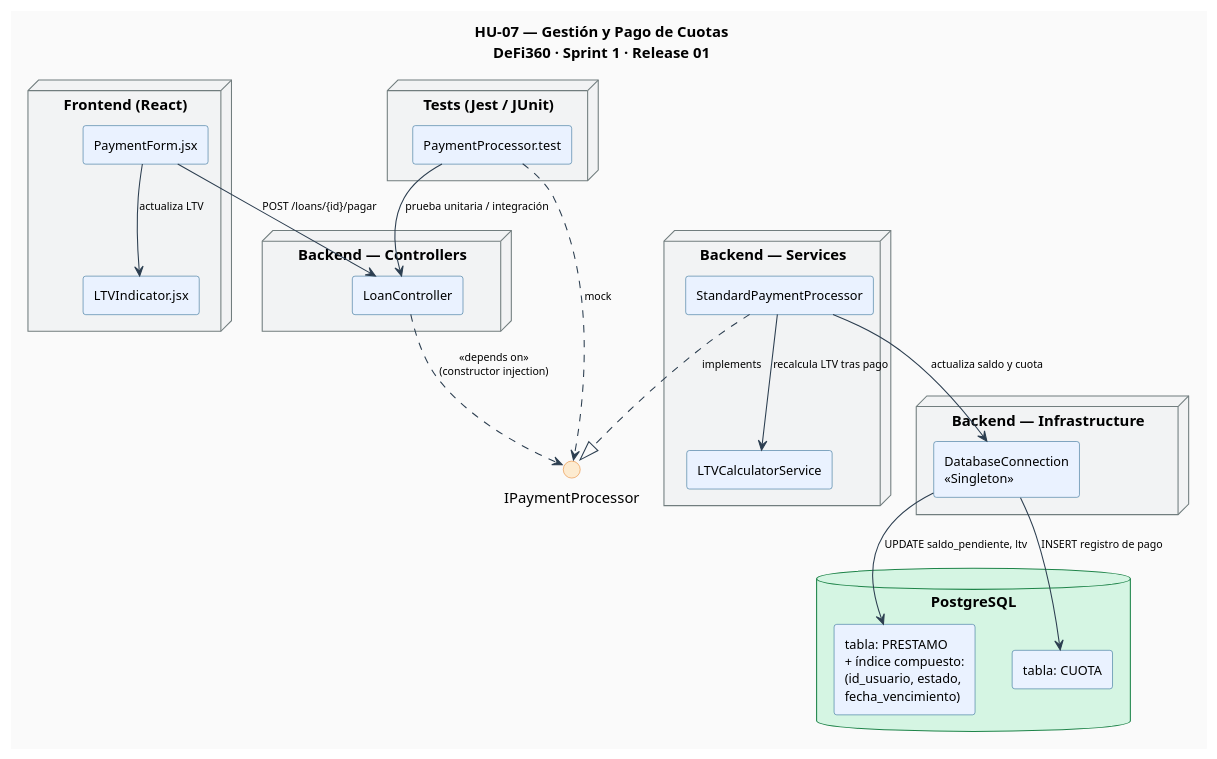
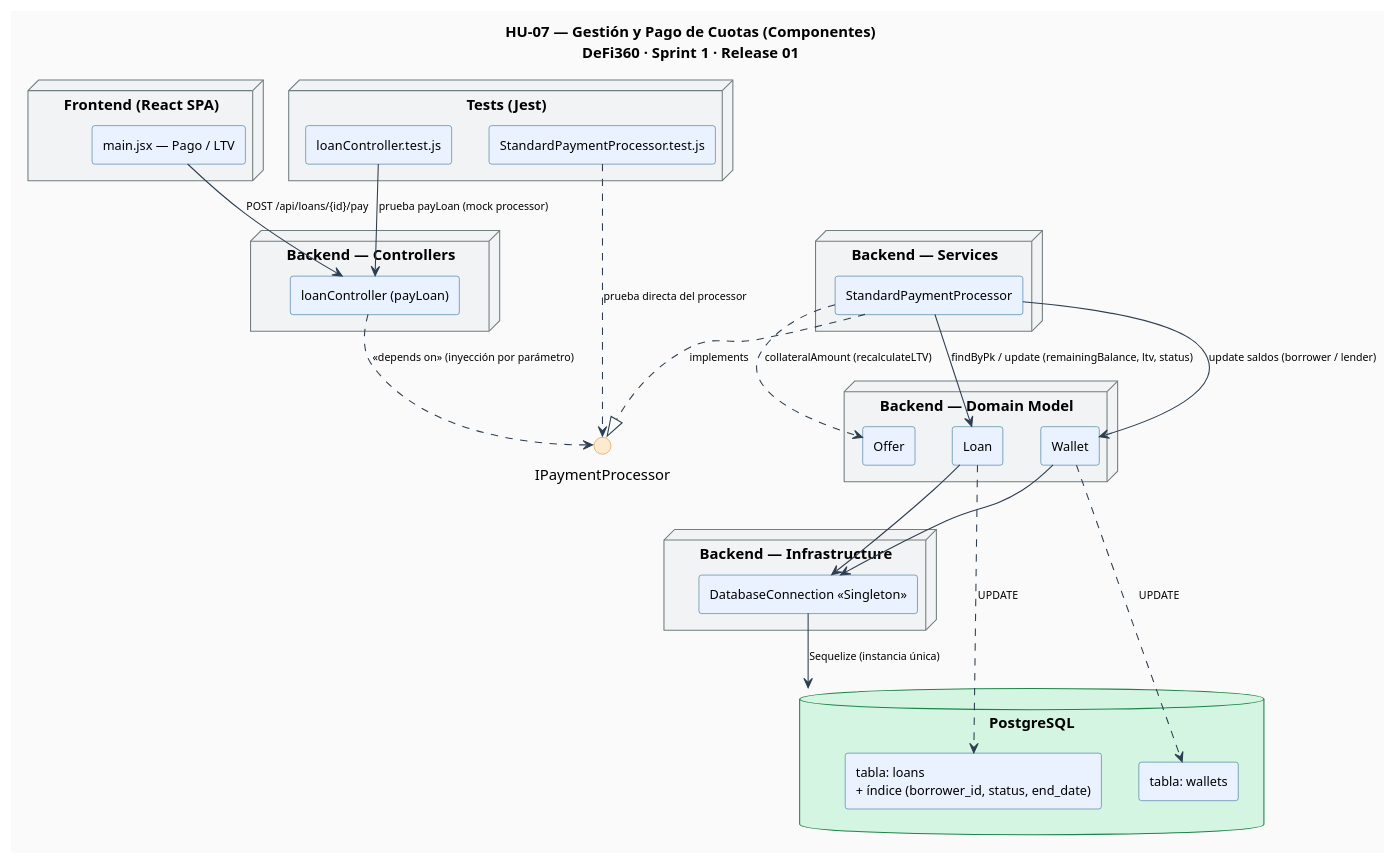
Before and after one commit to Brando-01/Software2: the diagram in Diagramas/Diagrama Componentes HU-07_Gestion_Pago_Cuotas.puml, drawn with PlantUML. The commit also changed 24 other files, not shown here.

Commit message:
docs(diagramas): diagramas UML Release 01 y Release 02 (general y por HU)

```diff
--- a/Diagramas/Diagrama Componentes HU-07_Gestion_Pago_Cuotas.puml
+++ b/Diagramas/Diagrama Componentes HU-07_Gestion_Pago_Cuotas.puml
@@ -1,87 +1,84 @@
 @startuml HU-07_Gestion_Pago_Cuotas
-title HU-07 — Gestión y Pago de Cuotas\nDeFi360 · Sprint 1 · Release 01
+title HU-07 — Gestión y Pago de Cuotas (Componentes)\nDeFi360 · Sprint 1 · Release 01
 
 skinparam componentStyle rectangle
 skinparam backgroundColor #FAFAFA
 skinparam component {
   BackgroundColor #EAF2FF
   BorderColor #1F618D
   FontSize 12
 }
 skinparam interface {
   BackgroundColor #FDEBD0
   BorderColor #E67E22
 }
 skinparam node {
   BackgroundColor #F2F3F4
   BorderColor #717D7E
 }
 skinparam database {
   BackgroundColor #D5F5E3
   BorderColor #1E8449
 }
 skinparam arrow {
   Color #2C3E50
   FontSize 10
 }
 
-' ─── FRONTEND ──────────────────────────────────────────────────
-node "Frontend (React)" {
-  [PaymentForm.jsx] as PayForm
-  [LTVIndicator.jsx] as LTVWidget
-  
+' ─── FRONTEND ───────────────────────────────────────────────────
+node "Frontend (React SPA)" {
+  [main.jsx — Pago / LTV] as PayForm
 }
 
-' ─── CONTROLADOR ───────────────────────────────────────────────
+' ─── CONTROLADOR ────────────────────────────────────────────────
 node "Backend — Controllers" {
-  [LoanController] as LoanCtrl
-  
+  [loanController (payLoan)] as LoanCtrl
 }
 
-' ─── INTERFAZ DIP ──────────────────────────────────────────────
+' ─── INTERFAZ DIP ───────────────────────────────────────────────
 interface "IPaymentProcessor" as IPayProc
 
-
-' ─── IMPLEMENTACIÓN ────────────────────────────────────────────
+' ─── IMPLEMENTACIÓN ─────────────────────────────────────────────
 node "Backend — Services" {
   [StandardPaymentProcessor] as StdPayProc
-  [LTVCalculatorService] as LTVSvc
-  
 }
 
-' ─── INFRAESTRUCTURA BD ────────────────────────────────────────
-node "Backend — Infrastructure" {
-  [DatabaseConnection\n«Singleton»] as DBConn
+' ─── MODELOS ────────────────────────────────────────────────────
+node "Backend — Domain Model" {
+  [Loan] as LoanModel
+  [Wallet] as WalletModel
+  [Offer] as OfferModel
 }
 
-' ─── BASE DE DATOS ─────────────────────────────────────────────
-database "PostgreSQL" as PG {
-  [tabla: PRESTAMO\n+ índice compuesto:\n(id_usuario, estado,\nfecha_vencimiento)] as TblPrestamo
-  [tabla: CUOTA] as TblCuota
-  
+' ─── INFRAESTRUCTURA ────────────────────────────────────────────
+node "Backend — Infrastructure" {
+  [DatabaseConnection «Singleton»] as DBConn
 }
 
-' ─── PRUEBAS ───────────────────────────────────────────────────
-node "Tests (Jest / JUnit)" {
-  [PaymentProcessor.test] as PayTest
-  
+database "PostgreSQL" as PG {
+  [tabla: loans\n+ índice (borrower_id, status, end_date)] as TblLoans
+  [tabla: wallets] as TblWallets
 }
 
-' ─── RELACIONES ────────────────────────────────────────────────
-PayForm       --> LTVWidget         : actualiza LTV
+' ─── PRUEBAS ────────────────────────────────────────────────────
+node "Tests (Jest)" {
+  [StandardPaymentProcessor.test.js] as PayTest
+  [loanController.test.js] as LoanTest
+}
 
-PayForm       --> LoanCtrl          : POST /loans/{id}/pagar
-
-LoanCtrl      ..> IPayProc          : «depends on»\n(constructor injection)
-StdPayProc    ..|> IPayProc         : «implements»
-
-StdPayProc    --> LTVSvc            : recalcula LTV tras pago
-StdPayProc    --> DBConn            : actualiza saldo y cuota
-
-DBConn        --> TblPrestamo       : UPDATE saldo_pendiente, ltv
-DBConn        --> TblCuota          : INSERT registro de pago
-
-PayTest       ..> IPayProc          : mock
-PayTest       --> LoanCtrl          : prueba unitaria / integración
+' ─── RELACIONES ─────────────────────────────────────────────────
+PayForm    --> LoanCtrl    : POST /api/loans/{id}/pay
+LoanCtrl   ..> IPayProc    : «depends on» (inyección por parámetro)
+StdPayProc ..|> IPayProc   : «implements»
+StdPayProc --> LoanModel   : findByPk / update (remainingBalance, ltv, status)
+StdPayProc --> WalletModel : update saldos (borrower / lender)
+StdPayProc ..> OfferModel  : collateralAmount (recalculateLTV)
+LoanModel  --> DBConn
+WalletModel --> DBConn
+DBConn     --> PG          : Sequelize (instancia única)
+LoanModel  ..> TblLoans    : UPDATE
+WalletModel ..> TblWallets : UPDATE
+PayTest    ..> IPayProc    : prueba directa del processor
+LoanTest   --> LoanCtrl    : prueba payLoan (mock processor)
 
 @enduml
```
